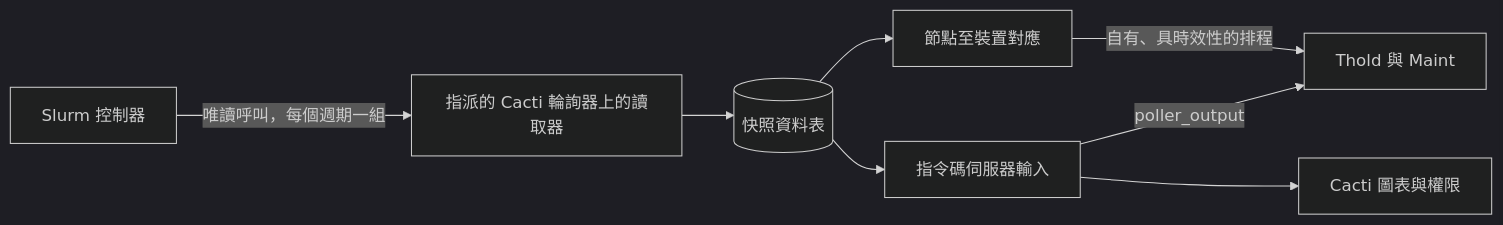
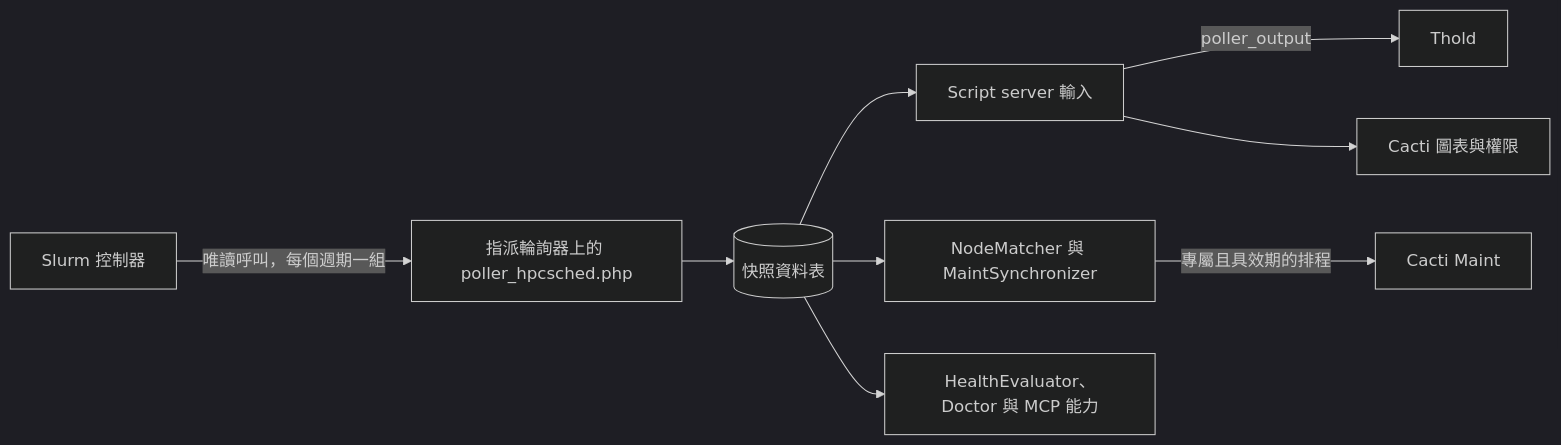
Before and after one commit to somethingwithproof/plugin_hpcsched: the diagram in docs/i18n/zh-TW/README.md, drawn with Mermaid (dark theme). The commit also changed other lines of this file and 48 other files, not shown here.

````diff
--- a/docs/i18n/zh-TW/README.md
+++ b/docs/i18n/zh-TW/README.md
@@ -100,10 +163,11 @@
 ```mermaid
 flowchart LR
-    S[Slurm 控制器] -->|唯讀呼叫，每個週期一組| R[指派的 Cacti 輪詢器上的讀取器]
+    S[Slurm 控制器] -->|唯讀呼叫，每個週期一組| R[指派輪詢器上的 poller_hpcsched.php]
     R --> SNAP[(快照資料表)]
-    SNAP --> SS[指令碼伺服器輸入]
-    SS -->|poller_output| T[Thold 與 Maint]
+    SNAP --> SS[Script server 輸入]
+    SS -->|poller_output| T[Thold]
     SS --> G[Cacti 圖表與權限]
-    SNAP --> MAP[節點至裝置對應]
-    MAP -->|自有、具時效性的排程| T
+    SNAP --> MAP[NodeMatcher 與 MaintSynchronizer]
+    MAP -->|專屬且具效期的排程| M[Cacti Maint]
+    SNAP --> H[HealthEvaluator、Doctor 與 MCP 能力]
 ```
````
